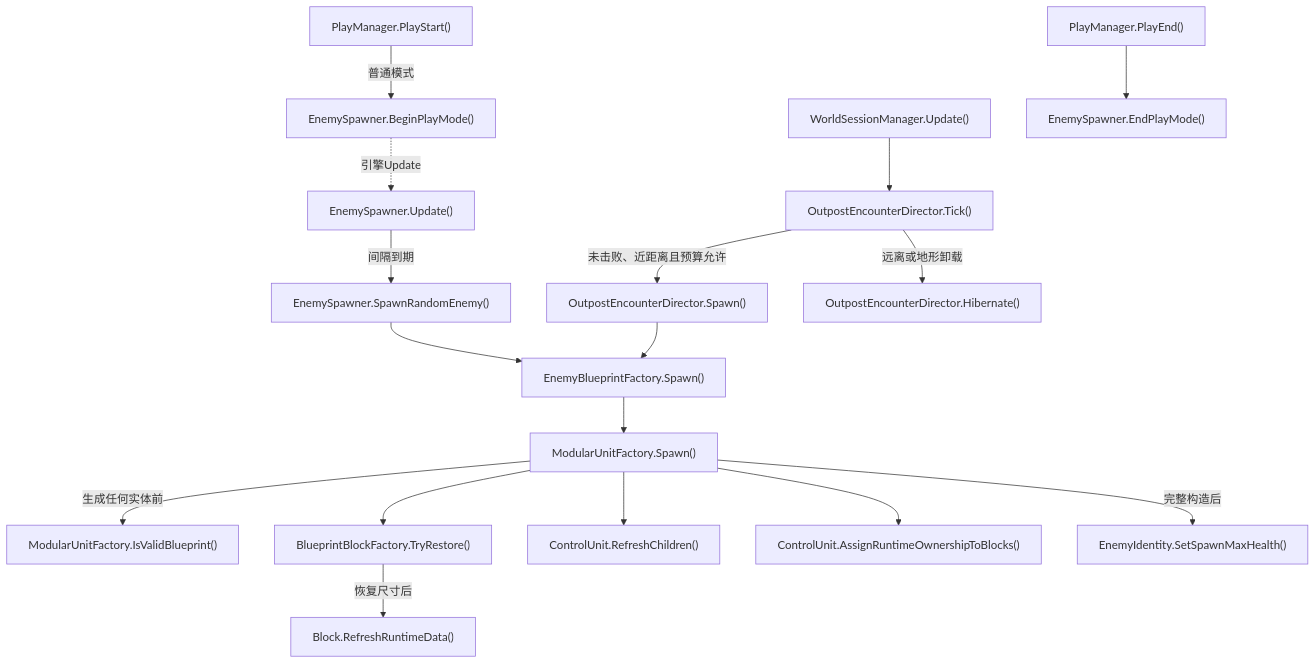
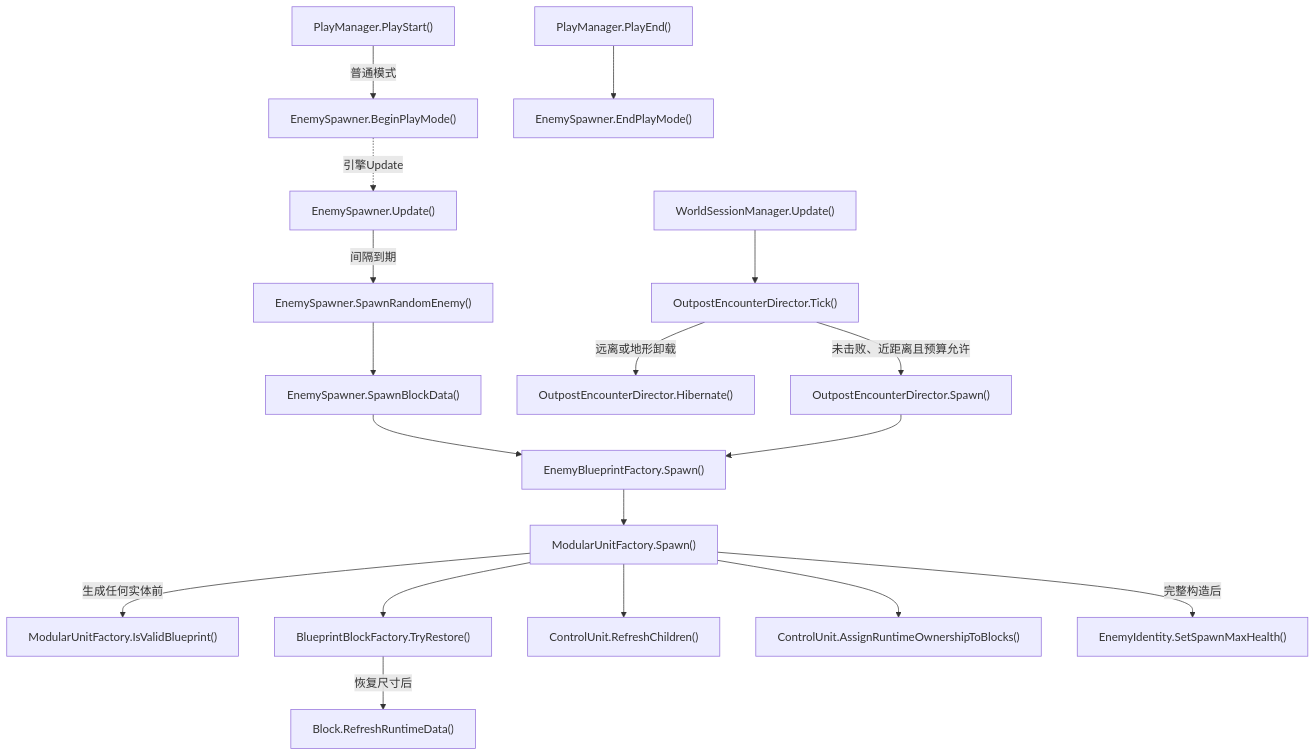
One commit to kukudia/HY-Sandbox changed diagram 36 of 52 in Docs/RuntimeFlow.md. Above: the diagram before and after it, drawn with Mermaid. The commit also changed other lines of this file and 23 other files, not shown here.

First line of the commit message:
Add pooled portals to enemy spawn paths

````diff
--- a/Docs/RuntimeFlow.md
+++ b/Docs/RuntimeFlow.md
@@ -3396,55 +3402,58 @@
 ```mermaid
 flowchart TD
     A["PlayManager.PlayStart()"]
     click A "../Assets/Scripts/Features/Simulation/PlayManager.cs#L100" "打开源码"
     B["EnemySpawner.BeginPlayMode()"]
     click B "../Assets/Scripts/Features/Combat/Enemies/EnemySpawner.cs#L41" "打开源码"
     C["EnemySpawner.Update()"]
     click C "../Assets/Scripts/Features/Combat/Enemies/EnemySpawner.cs#L26" "打开源码"
     D["EnemySpawner.SpawnRandomEnemy()"]
     click D "../Assets/Scripts/Features/Combat/Enemies/EnemySpawner.cs#L110" "打开源码"
     E["WorldSessionManager.Update()"]
     click E "../Assets/Scripts/Features/World/WorldSessionManager.cs#L415" "打开源码"
     F["OutpostEncounterDirector.Tick()"]
     click F "../Assets/Scripts/Features/World/Outposts/OutpostEncounterDirector.cs#L51" "打开源码"
     G["OutpostEncounterDirector.Spawn()"]
     click G "../Assets/Scripts/Features/World/Outposts/OutpostEncounterDirector.cs#L170" "打开源码"
     H["ModularUnitFactory.IsValidBlueprint()"]
     click H "../Assets/Scripts/Features/Simulation/Units/ModularUnitFactory.cs#L8" "打开源码"
     I["EnemyBlueprintFactory.Spawn()"]
     click I "../Assets/Scripts/Features/Combat/Enemies/EnemyBlueprintFactory.cs#L12" "打开源码"
     J["BlueprintBlockFactory.TryRestore()"]
     click J "../Assets/Scripts/Features/Building/BlueprintLoading/BlueprintBlockFactory.cs#L7" "打开源码"
     K["Block.RefreshRuntimeData()"]
     click K "../Assets/Scripts/Features/Simulation/Block.cs#L150" "打开源码"
     L["ModularUnitFactory.Spawn()"]
     click L "../Assets/Scripts/Features/Simulation/Units/ModularUnitFactory.cs#L41" "打开源码"
     M["ControlUnit.RefreshChildren()"]
     click M "../Assets/Scripts/Features/Simulation/Units/ControlUnit.cs#L183" "打开源码"
     N["ControlUnit.AssignRuntimeOwnershipToBlocks()"]
     click N "../Assets/Scripts/Features/Simulation/Units/ControlUnit.cs#L234" "打开源码"
     O["EnemyIdentity.SetSpawnMaxHealth()"]
     click O "../Assets/Scripts/Features/Combat/Enemies/EnemyIdentity.cs#L31" "打开源码"
     P["OutpostEncounterDirector.Hibernate()"]
     click P "../Assets/Scripts/Features/World/Outposts/OutpostEncounterDirector.cs#L285" "打开源码"
     Q["PlayManager.PlayEnd()"]
     click Q "../Assets/Scripts/Features/Simulation/PlayManager.cs#L285" "打开源码"
     R["EnemySpawner.EndPlayMode()"]
     click R "../Assets/Scripts/Features/Combat/Enemies/EnemySpawner.cs#L57" "打开源码"
+    S["EnemySpawner.SpawnBlockData()"]
+    click S "../Assets/Scripts/Features/Combat/Enemies/EnemySpawner.cs#L144" "打开源码"
     A -->|普通模式| B
     B -.->|引擎Update| C
     C -->|间隔到期| D
-    D --> I
+    D --> S
+    S --> I
     E --> F
     F -->|未击败、近距离且预算允许| G
     F -->|远离或地形卸载| P
     G --> I
     I --> L
     L -->|生成任何实体前| H
     L --> J
     J -->|恢复尺寸后| K
     L -->|完整构造后| O
     L --> M
     L --> N
     Q --> R
 ```
````
